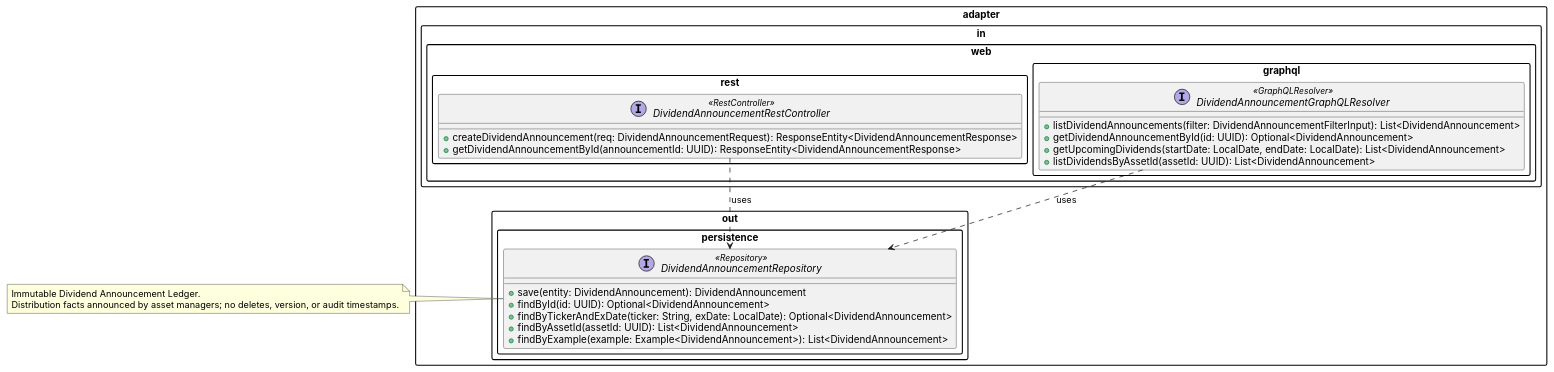
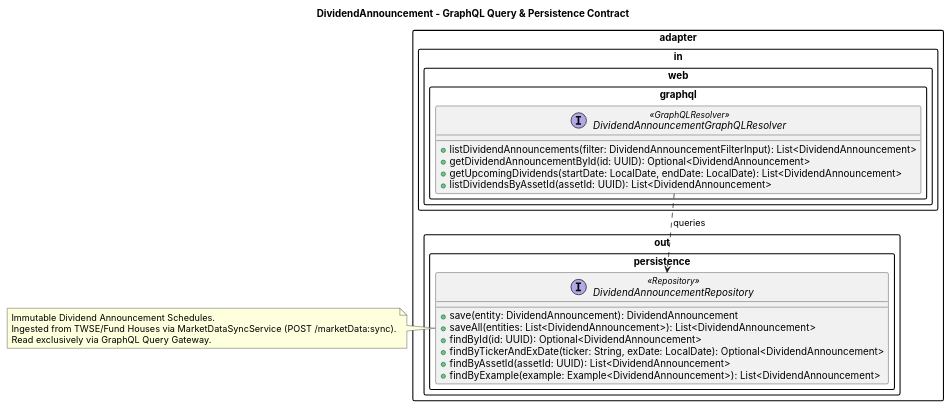
The diagram in docs/02-design-specs/uml/dividend_announcement_contract.puml (linuschien/etf-alpha-harvester), drawn with PlantUML before and after one commit. The commit also changed 10 other files, not shown here.

First line of the commit message:
Refactor UML Contracts to Transition from REST to GraphQL

```diff
--- a/docs/02-design-specs/uml/dividend_announcement_contract.puml
+++ b/docs/02-design-specs/uml/dividend_announcement_contract.puml
@@ -1,45 +1,39 @@
 @startuml dividend_announcement_contract
 
 !pragma layout smetana
 skinparam packageStyle rectangle
 skinparam defaultFontName Inter
 
-package "adapter.in.web.rest" {
-  interface "DividendAnnouncementRestController" <<RestController>> {
-    ' --- Ingest ---
-    + createDividendAnnouncement(req: DividendAnnouncementRequest): ResponseEntity<DividendAnnouncementResponse>
-    ' --- Single-resource Query ---
-    + getDividendAnnouncementById(announcementId: UUID): ResponseEntity<DividendAnnouncementResponse>
-  }
-}
+title DividendAnnouncement - GraphQL Query & Persistence Contract
 
 package "adapter.in.web.graphql" {
   interface "DividendAnnouncementGraphQLResolver" <<GraphQLResolver>> {
-    ' --- Collection / Filtered Queries ---
+    ' --- UI Read Gateway ---
     + listDividendAnnouncements(filter: DividendAnnouncementFilterInput): List<DividendAnnouncement>
     + getDividendAnnouncementById(id: UUID): Optional<DividendAnnouncement>
     + getUpcomingDividends(startDate: LocalDate, endDate: LocalDate): List<DividendAnnouncement>
     + listDividendsByAssetId(assetId: UUID): List<DividendAnnouncement>
   }
 }
 
 package "adapter.out.persistence" {
   interface "DividendAnnouncementRepository" <<Repository>> {
     + save(entity: DividendAnnouncement): DividendAnnouncement
+    + saveAll(entities: List<DividendAnnouncement>): List<DividendAnnouncement>
     + findById(id: UUID): Optional<DividendAnnouncement>
     + findByTickerAndExDate(ticker: String, exDate: LocalDate): Optional<DividendAnnouncement>
     + findByAssetId(assetId: UUID): List<DividendAnnouncement>
     + findByExample(example: Example<DividendAnnouncement>): List<DividendAnnouncement>
   }
 }
 
 note right of DividendAnnouncementRepository
-  Immutable Dividend Announcement Ledger.
-  Distribution facts announced by asset managers; no deletes, version, or audit timestamps.
+  Immutable Dividend Announcement Schedules.
+  Ingested from TWSE/Fund Houses via MarketDataSyncService (POST /marketData:sync).
+  Read exclusively via GraphQL Query Gateway.
 end note
 
 ' === Dependency Arrows ===
-"DividendAnnouncementRestController"  ..> "DividendAnnouncementRepository" : uses
-"DividendAnnouncementGraphQLResolver" ..> "DividendAnnouncementRepository" : uses
+"DividendAnnouncementGraphQLResolver" ..> "DividendAnnouncementRepository" : queries
 
 @enduml
```
